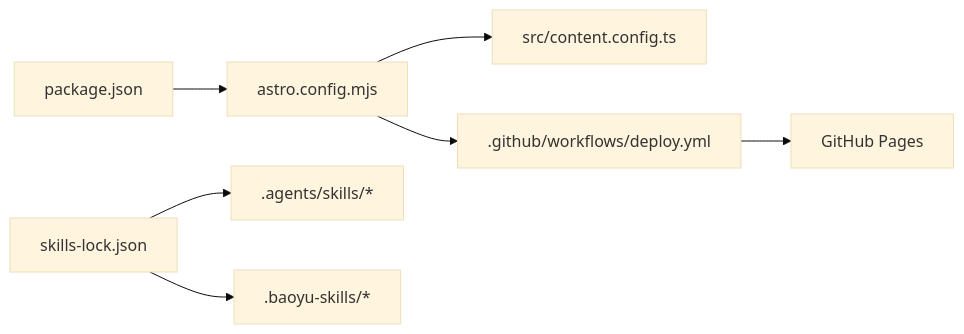
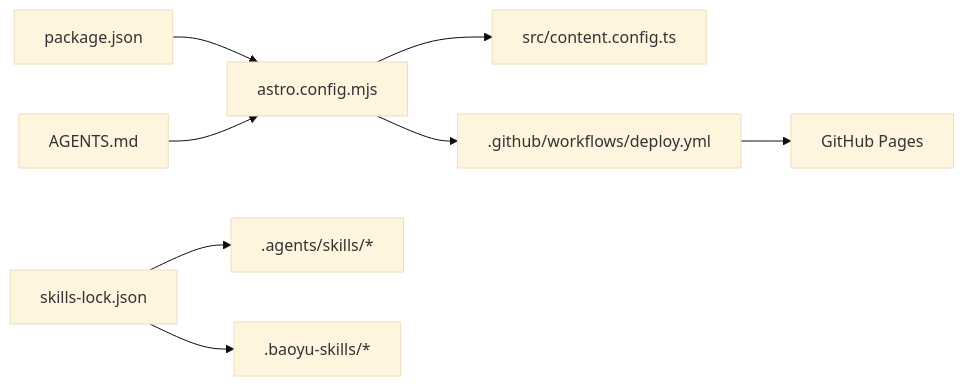
One commit to NTLx/ntlx.github.io changed the third of 3 diagrams in .qoder/repowiki/zh/content/贡献指南.md. Above: the diagram before and after it, drawn with Mermaid (base theme). The commit also changed other lines of this file and 7 other files, not shown here.

````diff
--- a/.qoder/repowiki/zh/content/贡献指南.md
+++ b/.qoder/repowiki/zh/content/贡献指南.md
@@ -195,9 +205,10 @@
 ```mermaid
 graph LR
 P["package.json"] --> A["astro.config.mjs"]
 A --> S["src/content.config.ts"]
 A --> W[".github/workflows/deploy.yml"]
 W --> G["GitHub Pages"]
 K["skills-lock.json"] --> SK[".agents/skills/*"]
 K --> SB[".baoyu-skills/*"]
+M["AGENTS.md"] --> A
 ```
````
